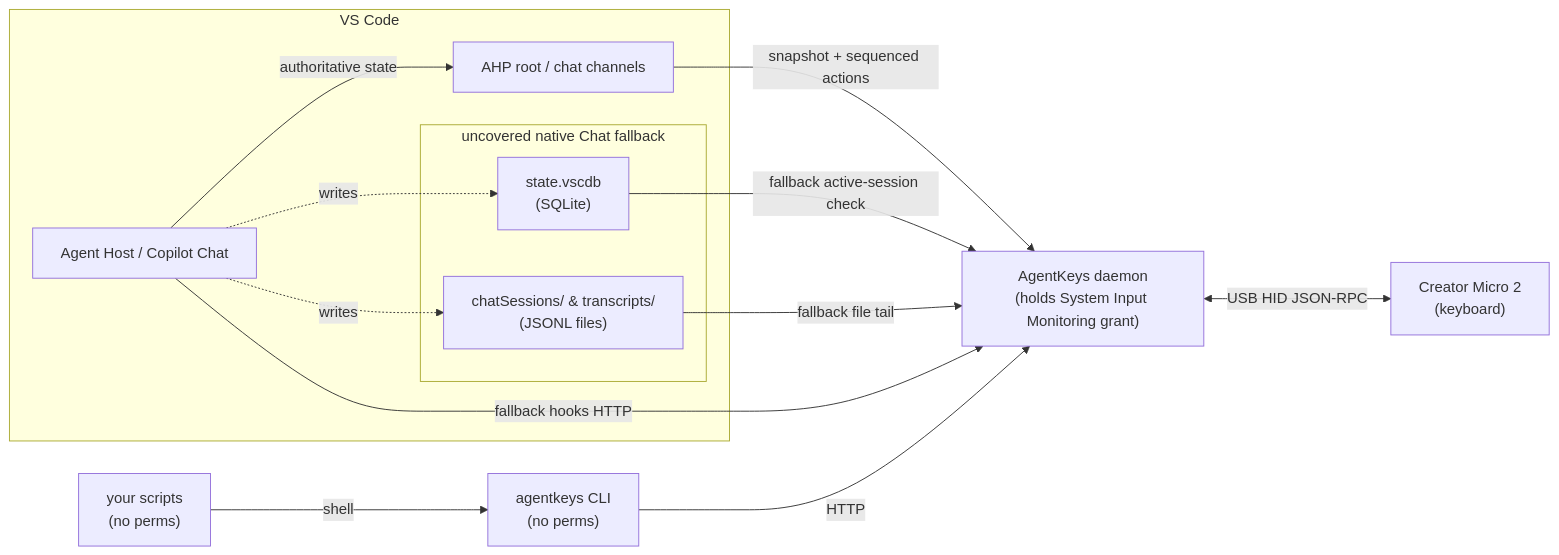
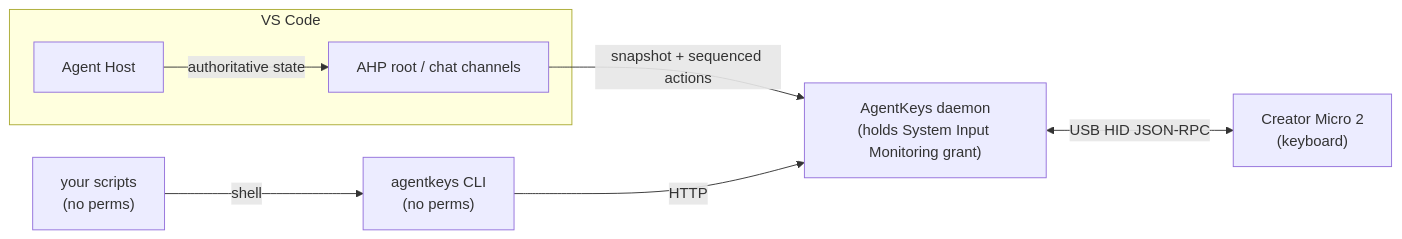
One commit to okko/micro2-agent-keys changed the diagram in README.md. Above: the diagram before and after it, drawn with Mermaid. The commit also changed other lines of this file and 43 other files, not shown here.

````diff
--- a/README.md
+++ b/README.md
@@ -54,26 +54,17 @@
 ```mermaid
 flowchart LR
     subgraph vsc["VS Code"]
-        VS["Agent Host / Copilot Chat"]
+        VS["Agent Host"]
         AHP["AHP root / chat channels"]
-        subgraph ws["uncovered native Chat fallback"]
-            vscdb["state.vscdb\n(SQLite)"]
-            jsonl["chatSessions/ & transcripts/\n(JSONL files)"]
-        end
     end
     scripts["your scripts\n(no perms)"]
     cli["agentkeys CLI\n(no perms)"]
     daemon["AgentKeys daemon\n(holds System Input Monitoring grant)"]
     keyboard["Creator Micro 2\n(keyboard)"]
 
-    VS -.->|writes| vscdb
-    VS -.->|writes| jsonl
     VS -->|authoritative state| AHP
     AHP -->|snapshot + sequenced actions| daemon
-    vscdb -->|fallback active-session check| daemon
-    jsonl -->|fallback file tail| daemon
-    VS -->|fallback hooks HTTP| daemon
     scripts -->|shell| cli
     cli -->|HTTP| daemon
     daemon <-->|USB HID JSON-RPC| keyboard
 ```
````
